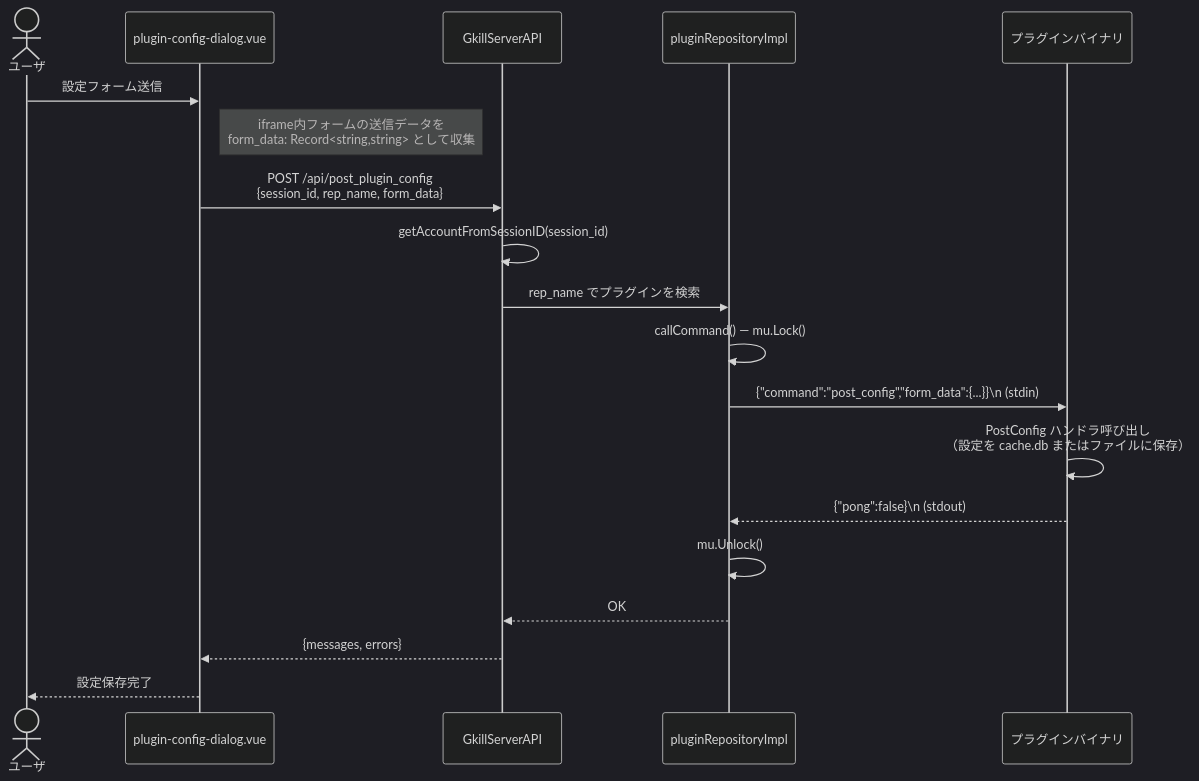
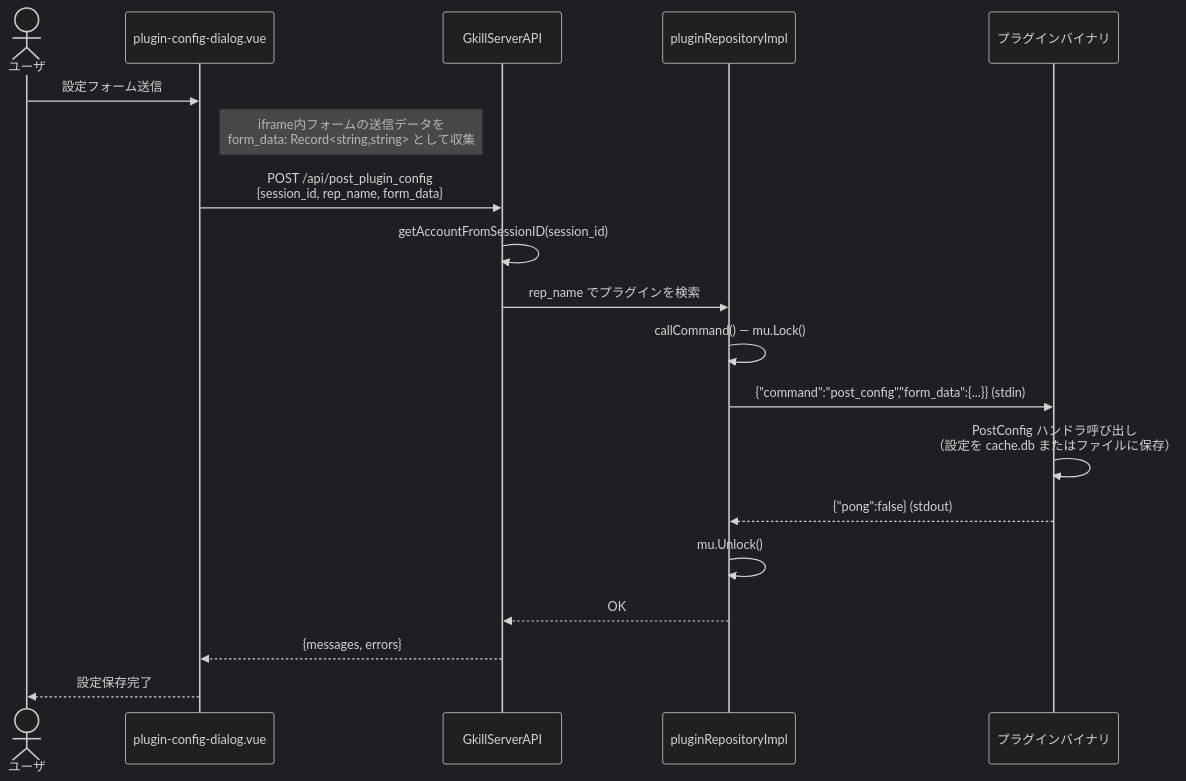
One commit to mt3hr/gkill changed diagram 21 of 27 in documents/reverse/sequence-diagrams.md. Above: the diagram before and after it, drawn with Mermaid (dark theme). The commit also changed other lines of this file and 40 other files, not shown here.

````diff
--- a/documents/reverse/sequence-diagrams.md
+++ b/documents/reverse/sequence-diagrams.md
@@ -610,22 +610,22 @@
 ```mermaid
 sequenceDiagram
     actor User as ユーザ
     participant UI as plugin-config-dialog.vue
     participant API as GkillServerAPI
     participant PluginRepo as pluginRepositoryImpl
     participant Plugin as プラグインバイナリ
 
     User->>UI: 設定フォーム送信
     Note right of UI: iframe内フォームの送信データを<br>form_data: Record<string,string> として収集
     UI->>API: POST /api/post_plugin_config<br>{session_id, rep_name, form_data}
     API->>API: getAccountFromSessionID(session_id)
     API->>PluginRepo: rep_name でプラグインを検索
     PluginRepo->>PluginRepo: callCommand() — mu.Lock()
-    PluginRepo->>Plugin: {"command":"post_config","form_data":{...}}\n (stdin)
+    PluginRepo->>Plugin: {"command":"post_config","form_data":{...}} (stdin)
     Plugin->>Plugin: PostConfig ハンドラ呼び出し<br>（設定を cache.db またはファイルに保存）
-    Plugin-->>PluginRepo: {"pong":false}\n (stdout)
+    Plugin-->>PluginRepo: {"pong":false} (stdout)
     PluginRepo->>PluginRepo: mu.Unlock()
     PluginRepo-->>API: OK
     API-->>UI: {messages, errors}
     UI-->>User: 設定保存完了
 ```
````
